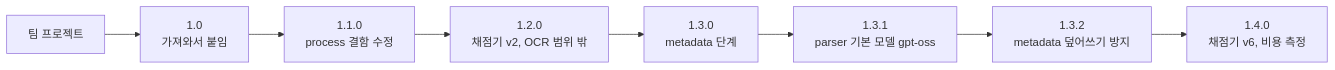
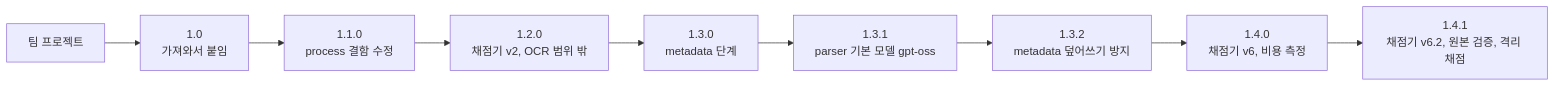
The first of 2 diagrams in docs/08_버전과_브랜치.md (adover134/hierarchical-md-rag), drawn with Mermaid before and after one commit. The commit also changed other lines of this file and 3 other files, not shown here.

````diff
--- a/docs/08_버전과_브랜치.md
+++ b/docs/08_버전과_브랜치.md
@@ -10,10 +10,11 @@
 ```mermaid
 flowchart LR
     T["팀 프로젝트"] --> V10["1.0<br/>가져와서 붙임"]
     V10 --> V11["1.1.0<br/>process 결함 수정"]
     V11 --> V12["1.2.0<br/>채점기 v2, OCR 범위 밖"]
     V12 --> V13["1.3.0<br/>metadata 단계"]
     V13 --> V131["1.3.1<br/>parser 기본 모델 gpt-oss"]
     V131 --> V132["1.3.2<br/>metadata 덮어쓰기 방지"]
     V132 --> V14["1.4.0<br/>채점기 v6, 비용 측정"]
+    V14 --> V141["1.4.1<br/>채점기 v6.2, 원본 검증, 격리 채점"]
 ```
````
